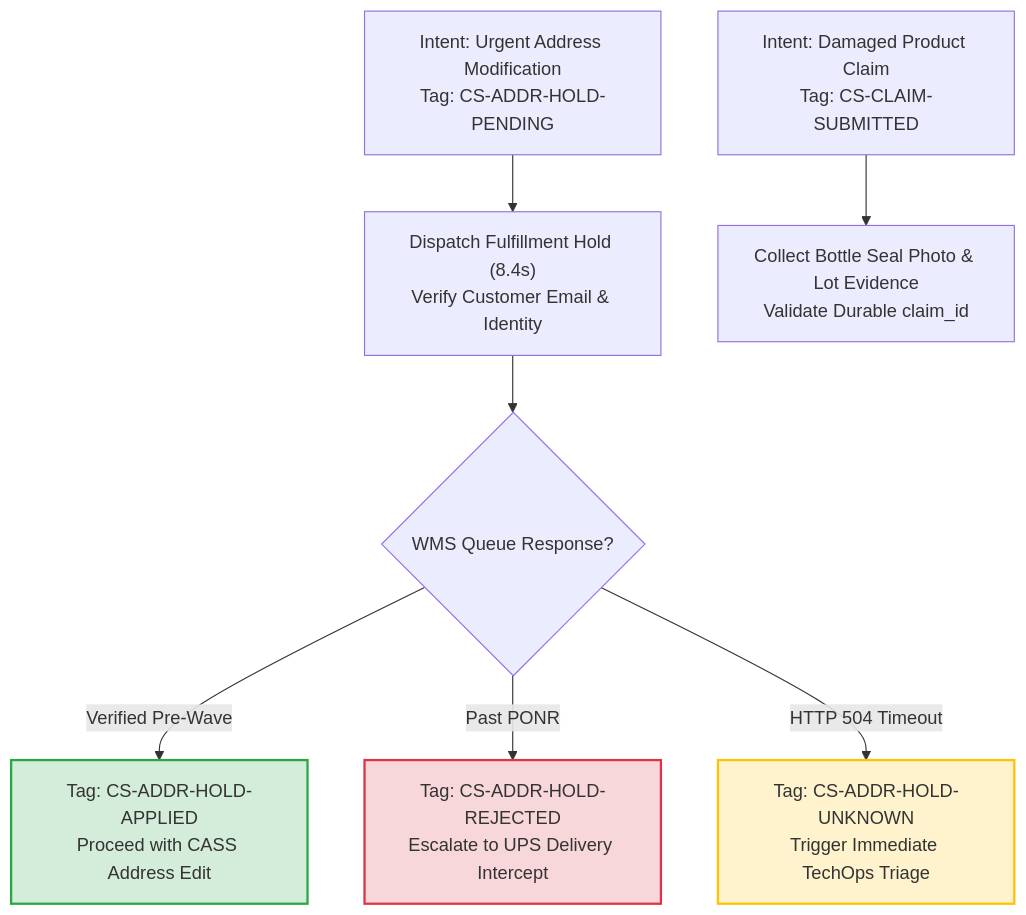
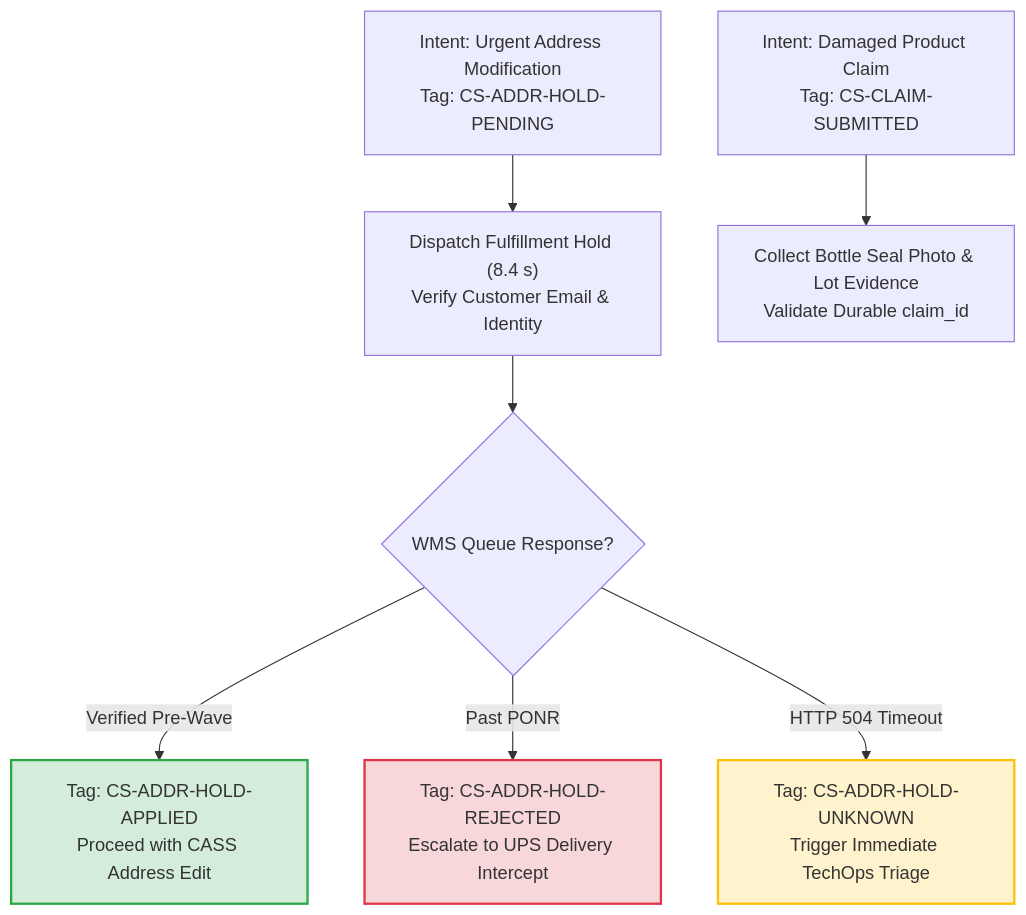
One commit to riovicsusas/portfolio changed the second of 3 diagrams in domain-6-frontline-helpdesk/MasterDossier-Domain6-FrontlineHelpdeskAutomation.md. Above: the diagram before and after it, drawn with Mermaid. The commit also changed other lines of this file and 1 other file, not shown here.

````diff
--- a/domain-6-frontline-helpdesk/MasterDossier-Domain6-FrontlineHelpdeskAutomation.md
+++ b/domain-6-frontline-helpdesk/MasterDossier-Domain6-FrontlineHelpdeskAutomation.md
@@ -142,15 +168,15 @@
 ```mermaid
 flowchart TD
-    I1["Intent: Urgent Address Modification<br/>Tag: CS-ADDR-HOLD-PENDING"] --> A1["Dispatch Fulfillment Hold (8.4s)<br/>Verify Customer Email & Identity"]
+    I1["Intent: Urgent Address Modification<br/>Tag: CS-ADDR-HOLD-PENDING"] --> A1["Dispatch Fulfillment Hold (8.4 s)<br/>Verify Customer Email & Identity"]
 
     A1 --> O1{"WMS Queue Response?"}
     O1 -- "Verified Pre-Wave" --> T_App["Tag: CS-ADDR-HOLD-APPLIED<br/>Proceed with CASS Address Edit"]
     O1 -- "Past PONR" --> T_Rej["Tag: CS-ADDR-HOLD-REJECTED<br/>Escalate to UPS Delivery Intercept"]
     O1 -- "HTTP 504 Timeout" --> T_Unk["Tag: CS-ADDR-HOLD-UNKNOWN<br/>Trigger Immediate TechOps Triage"]
 
     I2["Intent: Damaged Product Claim<br/>Tag: CS-CLAIM-SUBMITTED"] --> A2["Collect Bottle Seal Photo & Lot Evidence<br/>Validate Durable claim_id"]
 
     style T_App fill:#d4edda,stroke:#28a745,stroke-width:2px;
     style T_Rej fill:#f8d7da,stroke:#dc3545,stroke-width:2px;
     style T_Unk fill:#fff3cd,stroke:#ffc107,stroke-width:2px;
 ```
````
